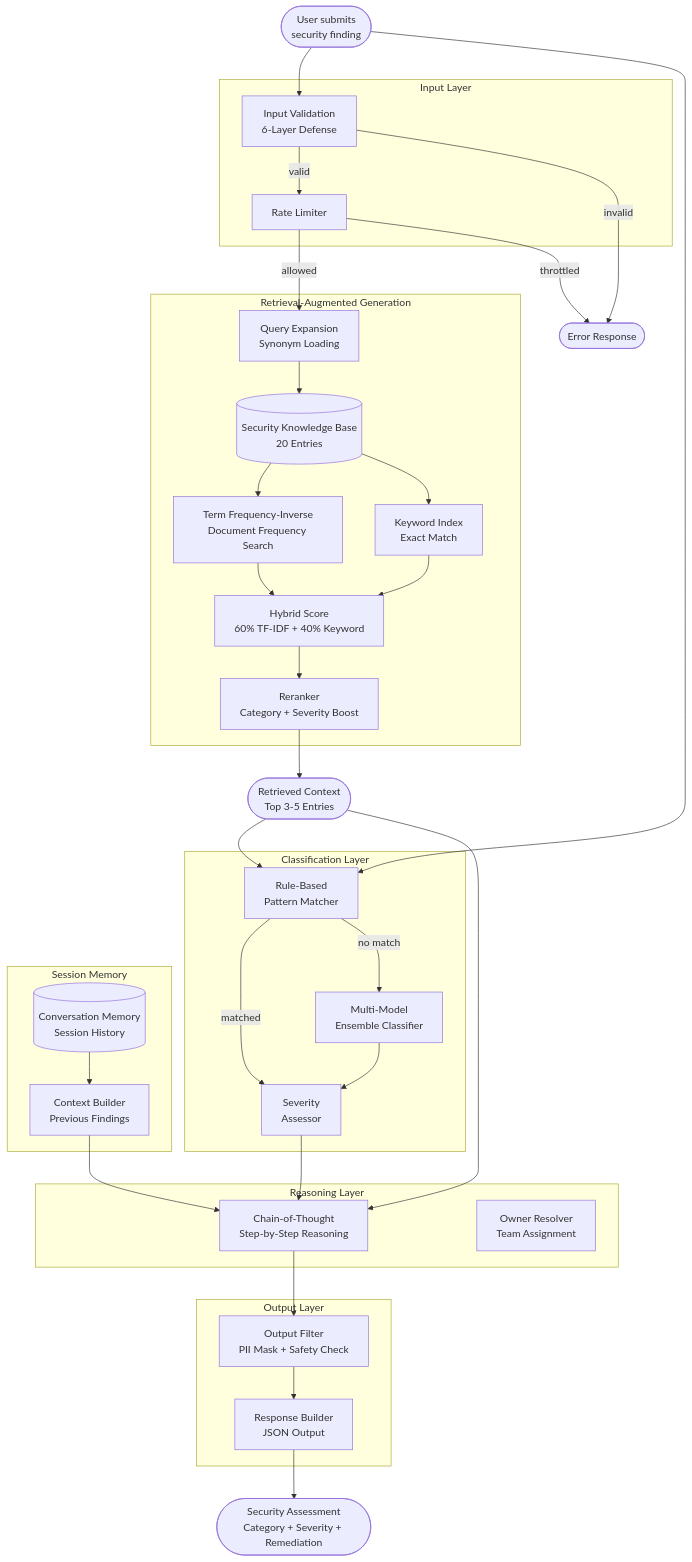
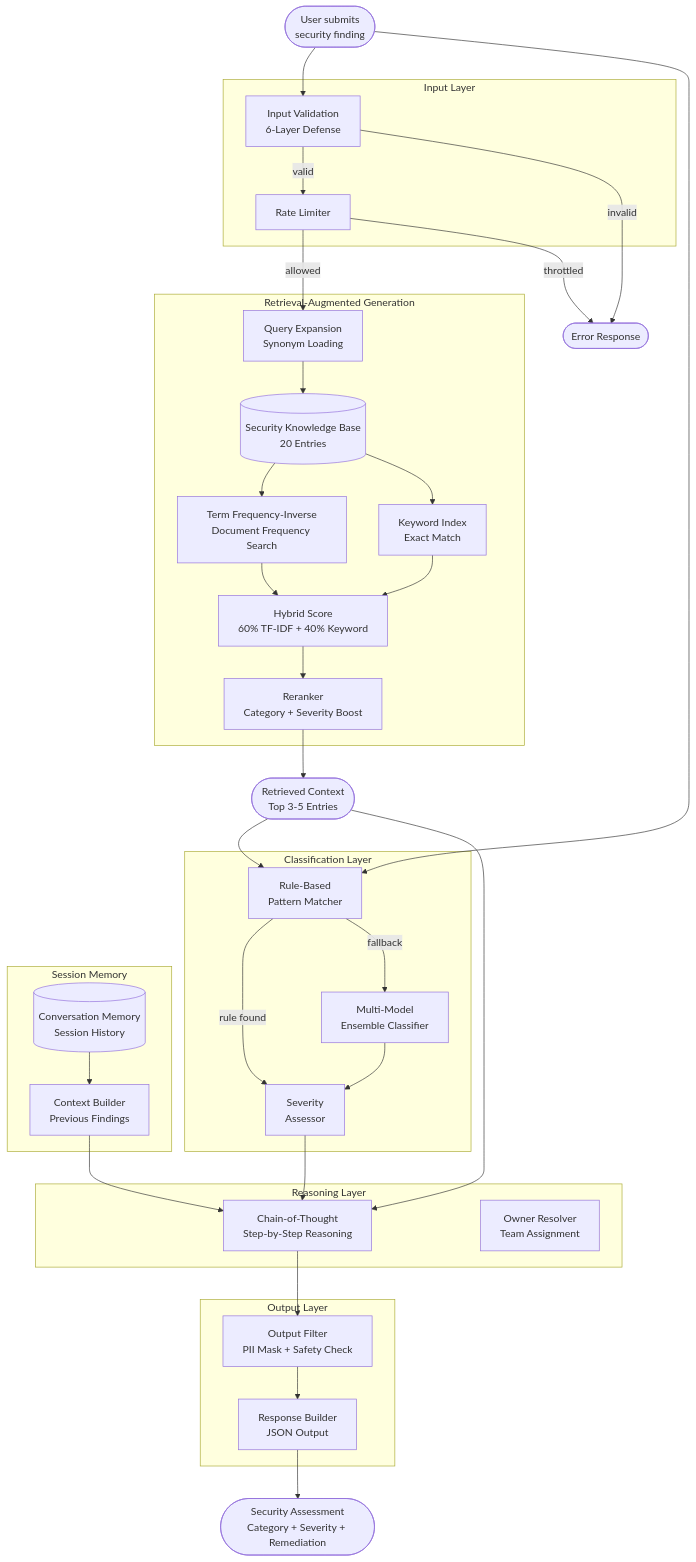
Before and after one commit to tukue/devsecops-platform-agent: the first of 10 diagrams in README.md, drawn with Mermaid. The commit also changed other lines of this file, not shown here.

Commit message:
Update architecture diagram labels: rule found / fallback instead of matched / no match

````diff
--- a/README.md
+++ b/README.md
@@ -119,68 +119,68 @@
 ```mermaid
 flowchart TB
     User([User submits\nsecurity finding])
 
     subgraph INPUT["Input Layer"]
         V[Input Validation\n6-Layer Defense]
         RL[Rate Limiter]
     end
 
     subgraph RAG["Retrieval-Augmented Generation"]
         QE[Query Expansion\nSynonym Loading]
         TFIDF["Term Frequency-Inverse\nDocument Frequency Search"]
         KW["Keyword Index\nExact Match"]
         HS["Hybrid Score\n60% TF-IDF + 40% Keyword"]
         RR["Reranker\nCategory + Severity Boost"]
         KB[("Security Knowledge Base\n20 Entries")]
     end
 
     subgraph CLASSIFY["Classification Layer"]
         RULE["Rule-Based\nPattern Matcher"]
         ENSEMBLE["Multi-Model\nEnsemble Classifier"]
         SEV["Severity\nAssessor"]
     end
 
     subgraph MEMORY["Session Memory"]
         MEM[("Conversation Memory\nSession History")]
         CTX["Context Builder\nPrevious Findings"]
     end
 
     subgraph REASON["Reasoning Layer"]
         COT["Chain-of-Thought\nStep-by-Step Reasoning"]
         owner["Owner Resolver\nTeam Assignment"]
     end
 
     subgraph OUTPUT["Output Layer"]
         OF["Output Filter\nPII Mask + Safety Check"]
         RESP["Response Builder\nJSON Output"]
     end
 
     User --> V
     V -->|valid| RL
     V -->|invalid| ERR([Error Response])
     RL -->|allowed| QE
     RL -->|throttled| ERR
 
     QE --> KB
     KB --> TFIDF
     KB --> KW
     TFIDF --> HS
     KW --> HS
     HS --> RR
     RR --> RAG_OUT([Retrieved Context\nTop 3-5 Entries])
 
     RAG_OUT --> RULE
     User --> RULE
-    RULE -->|matched| SEV
-    RULE -->|no match| ENSEMBLE
+    RULE -->|rule found| SEV
+    RULE -->|fallback| ENSEMBLE
     ENSEMBLE --> SEV
 
     SEV --> COT
     RAG_OUT --> COT
     MEM --> CTX
     CTX --> COT
 
     COT --> OF
     OF --> RESP
     RESP --> RESULT([Security Assessment\nCategory + Severity + Remediation])
 ```
````
